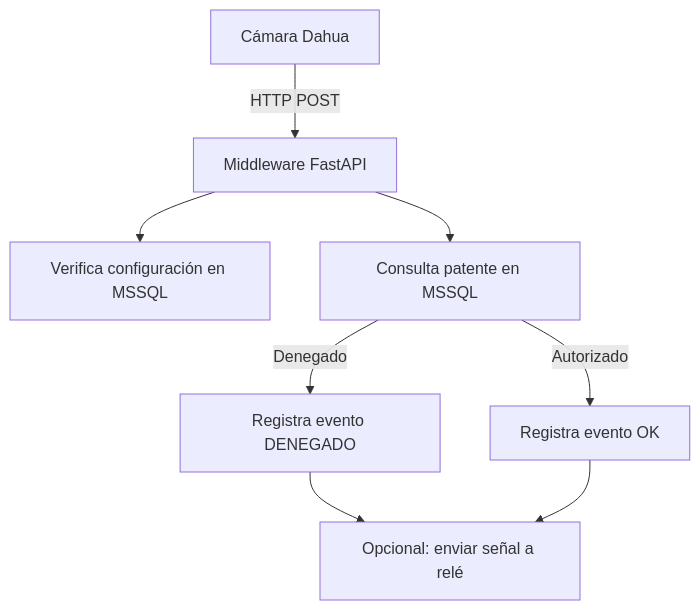
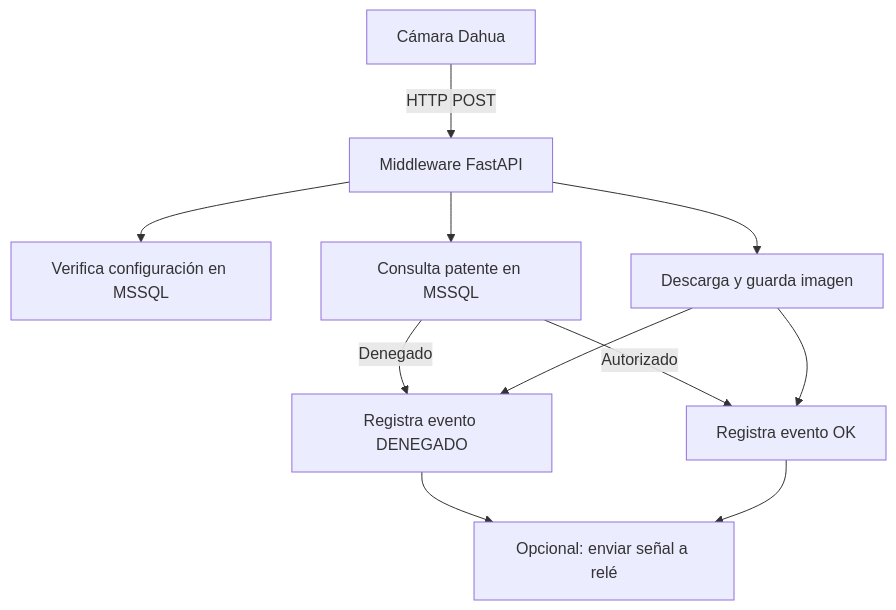
One commit to carlostcba/LPR-Dahua changed the diagram in README.md. Above: the diagram before and after it, drawn with Mermaid. The commit also changed other lines of this file, not shown here.

````diff
--- a/README.md
+++ b/README.md
@@ -19,10 +20,13 @@
 ```mermaid
 flowchart TD
     A[Cámara Dahua] -- HTTP POST --> B[Middleware FastAPI]
     B --> C[Verifica configuración en MSSQL]
     B --> D[Consulta patente en MSSQL]
+    B --> H[Descarga y guarda imagen]
     D -->|Autorizado| E[Registra evento OK]
     D -->|Denegado| F[Registra evento DENEGADO]
     F --> G[Opcional: enviar señal a relé]
     E --> G
+    H --> E
+    H --> F
 ```
````
